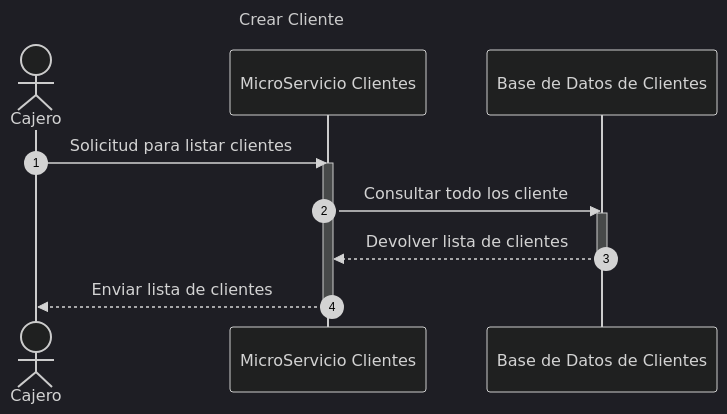
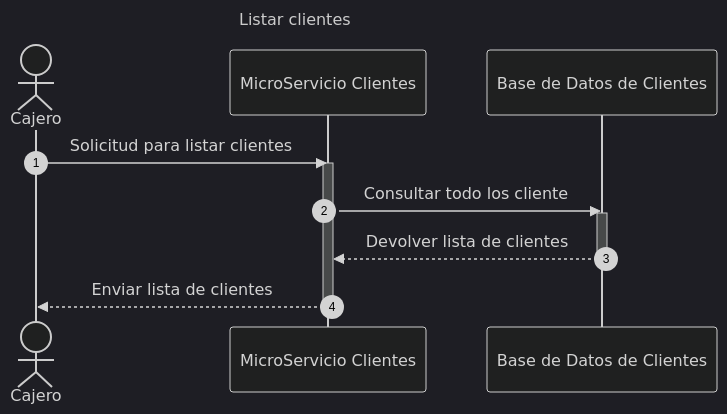
Before and after one commit to dannyverap/XYZBank: the third of 11 diagrams in Documentacion/DiagramaDeSecuencia.md, drawn with Mermaid (dark theme). The commit also changed other lines of this file and 22 other files, not shown here.

````diff
--- a/Documentacion/DiagramaDeSecuencia.md
+++ b/Documentacion/DiagramaDeSecuencia.md
@@ -45,16 +45,16 @@
 ```mermaid
 sequenceDiagram
-    title Crear Cliente
+    title Listar clientes
     autonumber
     actor C as Cajero
     participant MsCliente as MicroServicio Clientes
     participant ClienteDb as Base de Datos de Clientes
     C ->> MsCliente: Solicitud para listar clientes
     activate MsCliente
     MsCliente ->> ClienteDb: Consultar todo los cliente
     activate ClienteDb
     ClienteDb -->> MsCliente: Devolver lista de clientes
     deactivate ClienteDb
     MsCliente -->> C: Enviar lista de clientes
     deactivate MsCliente
 ```
````
